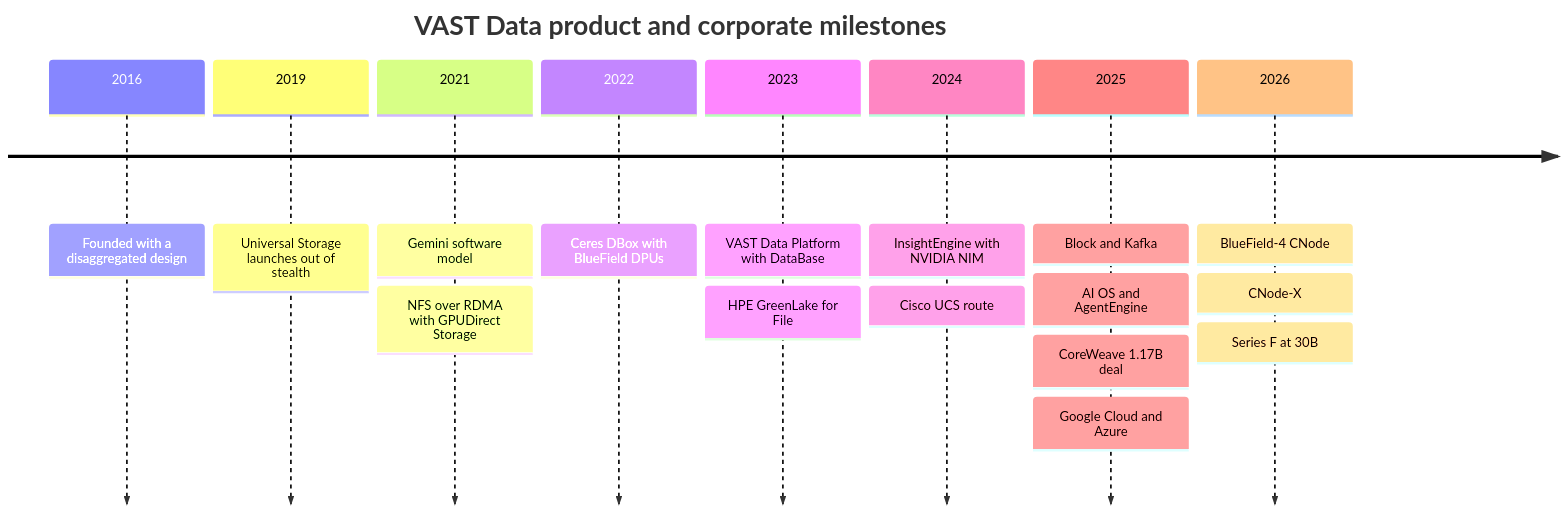
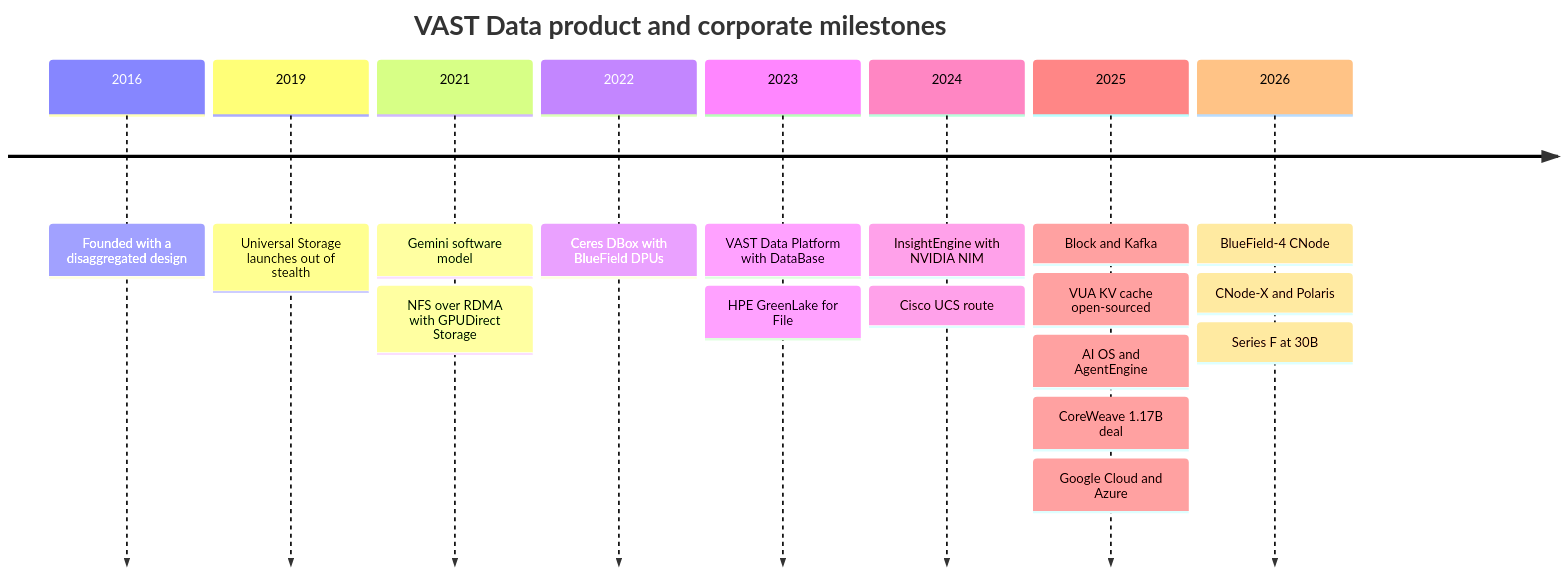
One commit to FrankHuang94/storage-_db_claude changed the fourth of 4 diagrams in docs/06-industry-and-competition/42-vast-data.md. Above: the diagram before and after it, drawn with Mermaid. The commit also changed other lines of this file and 15 other files, not shown here.

````diff
--- a/docs/06-industry-and-competition/42-vast-data.md
+++ b/docs/06-industry-and-competition/42-vast-data.md
@@ -303,12 +303,12 @@
 ```mermaid
 timeline
     title VAST Data product and corporate milestones
     2016 : Founded with a disaggregated design
     2019 : Universal Storage launches out of stealth
     2021 : Gemini software model : NFS over RDMA with GPUDirect Storage
     2022 : Ceres DBox with BlueField DPUs
     2023 : VAST Data Platform with DataBase : HPE GreenLake for File
     2024 : InsightEngine with NVIDIA NIM : Cisco UCS route
-    2025 : Block and Kafka : AI OS and AgentEngine : CoreWeave 1.17B deal : Google Cloud and Azure
-    2026 : BlueField-4 CNode : CNode-X : Series F at 30B
+    2025 : Block and Kafka : VUA KV cache open-sourced : AI OS and AgentEngine : CoreWeave 1.17B deal : Google Cloud and Azure
+    2026 : BlueField-4 CNode : CNode-X and Polaris : Series F at 30B
 ```
````
